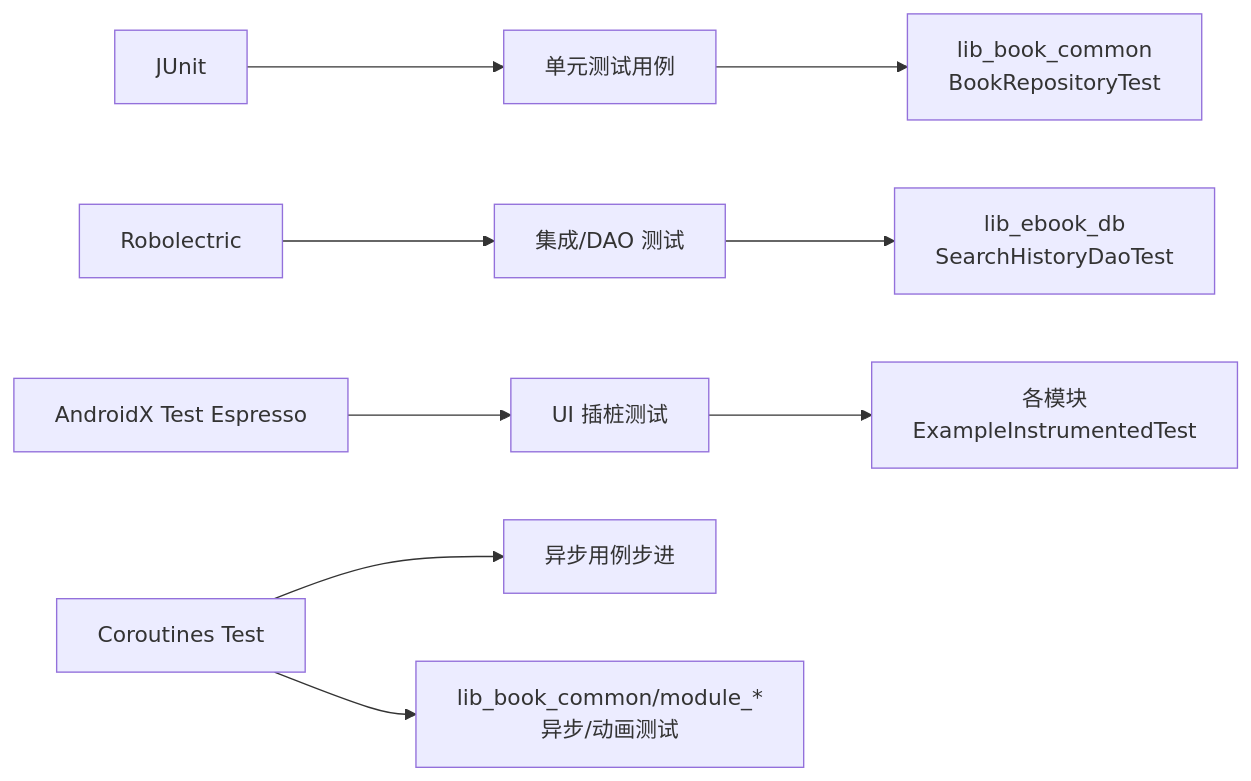
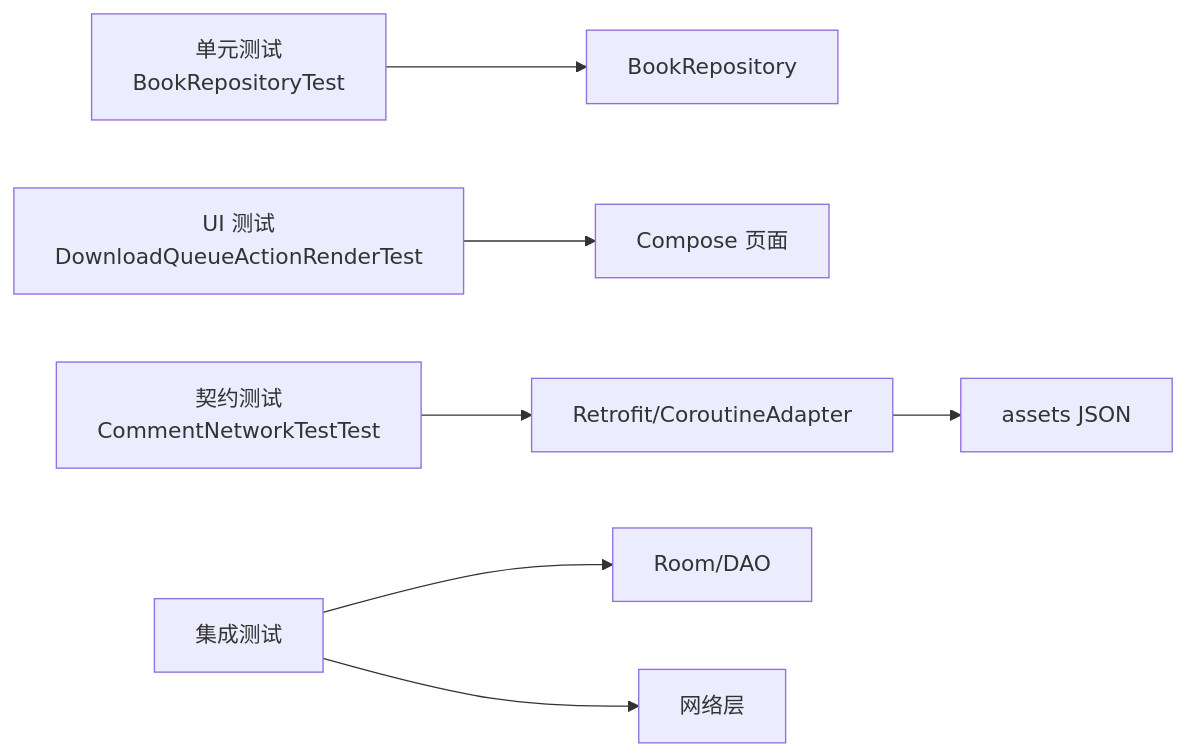
One commit to xrn1997/android-ebook changed the third of 3 diagrams in .qoder/repowiki/zh/content/测试策略/测试策略.md. Above: the diagram before and after it, drawn with Mermaid. The commit also changed other lines of this file and 544 other files, not shown here.

````diff
--- a/.qoder/repowiki/zh/content/测试策略/测试策略.md
+++ b/.qoder/repowiki/zh/content/测试策略/测试策略.md
@@ -300,11 +218,9 @@
 ```mermaid
 graph LR
-    J["JUnit"] --> U["单元测试用例"]
-    RT["Robolectric"] --> I["集成/DAO 测试"]
-    E["AndroidX Test Espresso"] --> AU["UI 插桩测试"]
-    CT["Coroutines Test"] --> AS["异步用例步进"]
-    U --> U1["lib_book_common<br/>BookRepositoryTest"]
-    I --> I1["lib_ebook_db<br/>SearchHistoryDaoTest"]
-    AU --> AU1["各模块<br/>ExampleInstrumentedTest"]
-    CT --> CS1["lib_book_common/module_*<br/>异步/动画测试"]
+    T_Unit["单元测试<br/>BookRepositoryTest"] --> R_Repo["BookRepository"]
+    T_UI["UI 测试<br/>DownloadQueueActionRenderTest"] --> C_Compose["Compose 页面"]
+    T_Net["契约测试<br/>CommentNetworkTestTest"] --> API["Retrofit/CoroutineAdapter"]
+    API --> ASSETS["assets JSON"]
+    T_Int["集成测试"] --> DB["Room/DAO"]
+    T_Int --> Net["网络层"]
 ```
````
